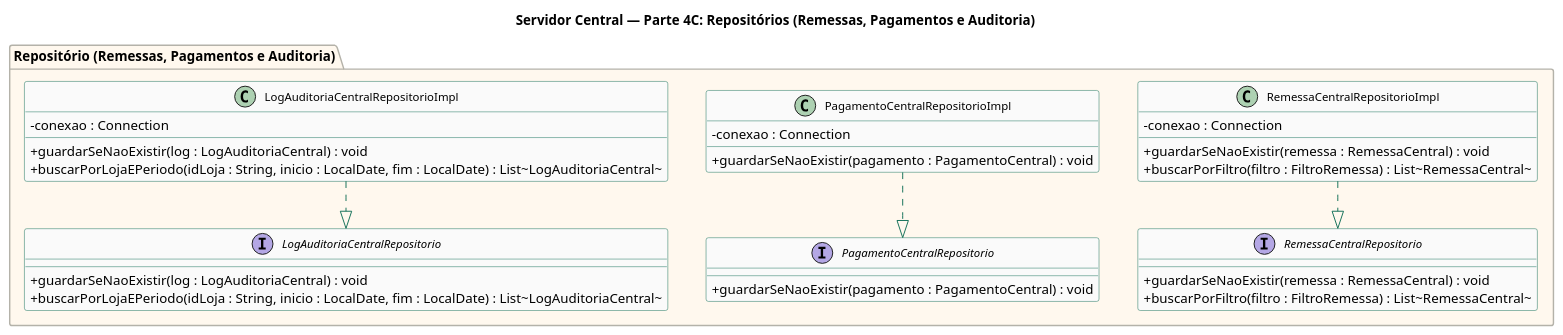
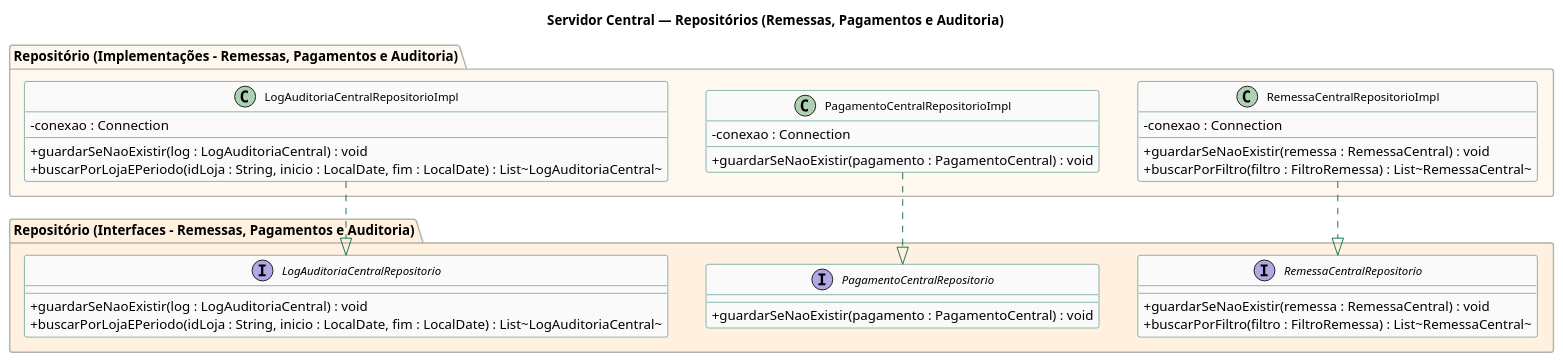
The diagram in Diagramas de Classe/software_servidor_central/repositorios/src/repositorios_remessas_pagamentos.puml (SimaoOliveira05/LI4), drawn with PlantUML before and after one commit. The commit also changed 40 other files, not shown here.

Commit message:
Updated class diagrams for server

```diff
--- a/Diagramas de Classe/software_servidor_central/repositorios/src/repositorios_remessas_pagamentos.puml
+++ b/Diagramas de Classe/software_servidor_central/repositorios/src/repositorios_remessas_pagamentos.puml
@@ -1,62 +1,60 @@
-@startuml servidor_central_parte4c_repositorios_remessas_pagamentos
+@startuml servidor_central_repositorios_remessas_pagamentos
 skinparam classAttributeIconSize 0
 skinparam classFontSize 12
 skinparam classHeaderBackgroundColor #E1F5EE
 skinparam classBorderColor #0F6E56
 skinparam classBackgroundColor #FAFAFA
 skinparam arrowColor #0F6E56
 skinparam stereotypeCBackgroundColor #EEEDFE
 skinparam stereotypeABackgroundColor #FAC775
 skinparam stereotypeIBackgroundColor #D1ECF1
 skinparam packageBackgroundColor #F8F8F8
 skinparam packageBorderColor #B4B2A9
 skinparam linetype ortho
 skinparam nodesep 40
 skinparam ranksep 50
 
-title Servidor Central — Parte 4C: Repositórios (Remessas, Pagamentos e Auditoria)
+title Servidor Central — Repositórios (Remessas, Pagamentos e Auditoria)
 
-' ╔══════════════════════════════════════╗
-' ║  REPOSITÓRIO - REMESSAS, PAGAMENTOS  ║
-' ║            E AUDITORIA               ║
-' ╚══════════════════════════════════════╝
-package "Repositório (Remessas, Pagamentos e Auditoria)" #FFF8EE {
+package "Repositório (Interfaces - Remessas, Pagamentos e Auditoria)" #FFF0E0 {
 
   interface RemessaCentralRepositorio {
-    + guardarSeNaoExistir(remessa : RemessaCentral) : void
-    + buscarPorFiltro(filtro : FiltroRemessa) : List~RemessaCentral~
-  }
-
-  class RemessaCentralRepositorioImpl {
-    - conexao : Connection
     + guardarSeNaoExistir(remessa : RemessaCentral) : void
     + buscarPorFiltro(filtro : FiltroRemessa) : List~RemessaCentral~
   }
 
   interface PagamentoCentralRepositorio {
     + guardarSeNaoExistir(pagamento : PagamentoCentral) : void
   }
 
+  interface LogAuditoriaCentralRepositorio {
+    + guardarSeNaoExistir(log : LogAuditoriaCentral) : void
+    + buscarPorLojaEPeriodo(idLoja : String, inicio : LocalDate, fim : LocalDate) : List~LogAuditoriaCentral~
+  }
+}
+
+package "Repositório (Implementações - Remessas, Pagamentos e Auditoria)" #FFF8EE {
+
+  class RemessaCentralRepositorioImpl {
+    - conexao : Connection
+    + guardarSeNaoExistir(remessa : RemessaCentral) : void
+    + buscarPorFiltro(filtro : FiltroRemessa) : List~RemessaCentral~
+  }
+
   class PagamentoCentralRepositorioImpl {
     - conexao : Connection
     + guardarSeNaoExistir(pagamento : PagamentoCentral) : void
-  }
-
-  interface LogAuditoriaCentralRepositorio {
-    + guardarSeNaoExistir(log : LogAuditoriaCentral) : void
-    + buscarPorLojaEPeriodo(idLoja : String, inicio : LocalDate, fim : LocalDate) : List~LogAuditoriaCentral~
   }
 
   class LogAuditoriaCentralRepositorioImpl {
     - conexao : Connection
     + guardarSeNaoExistir(log : LogAuditoriaCentral) : void
     + buscarPorLojaEPeriodo(idLoja : String, inicio : LocalDate, fim : LocalDate) : List~LogAuditoriaCentral~
   }
 }
 
-' Implementações realizam interfaces
 RemessaCentralRepositorioImpl ..|> RemessaCentralRepositorio
 PagamentoCentralRepositorioImpl ..|> PagamentoCentralRepositorio
 LogAuditoriaCentralRepositorioImpl ..|> LogAuditoriaCentralRepositorio
 
 @enduml
```
